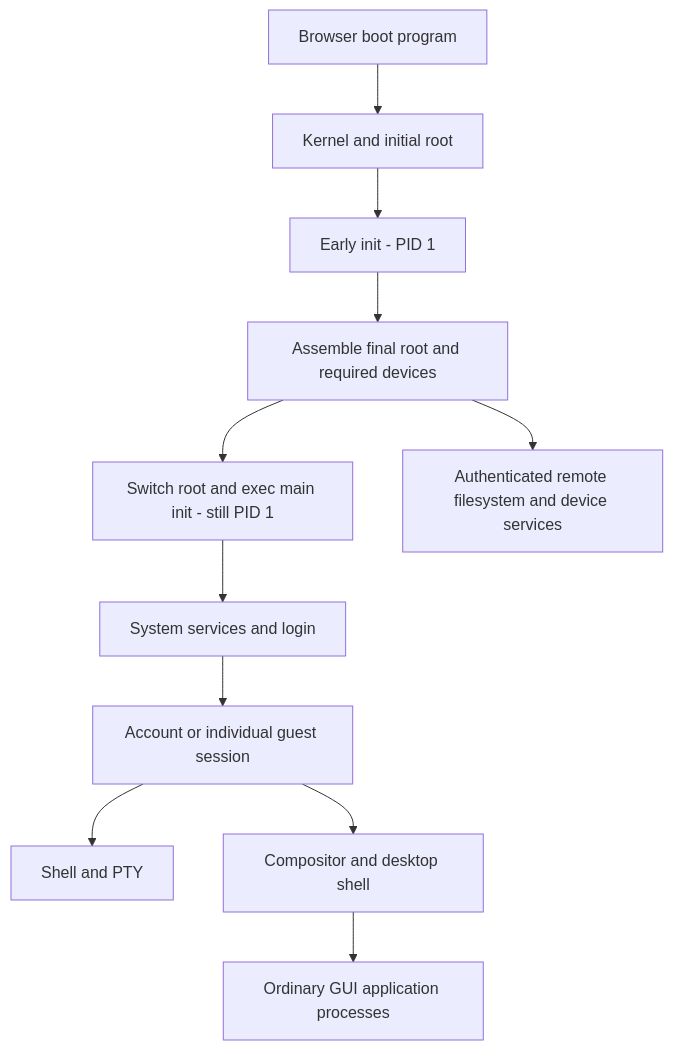
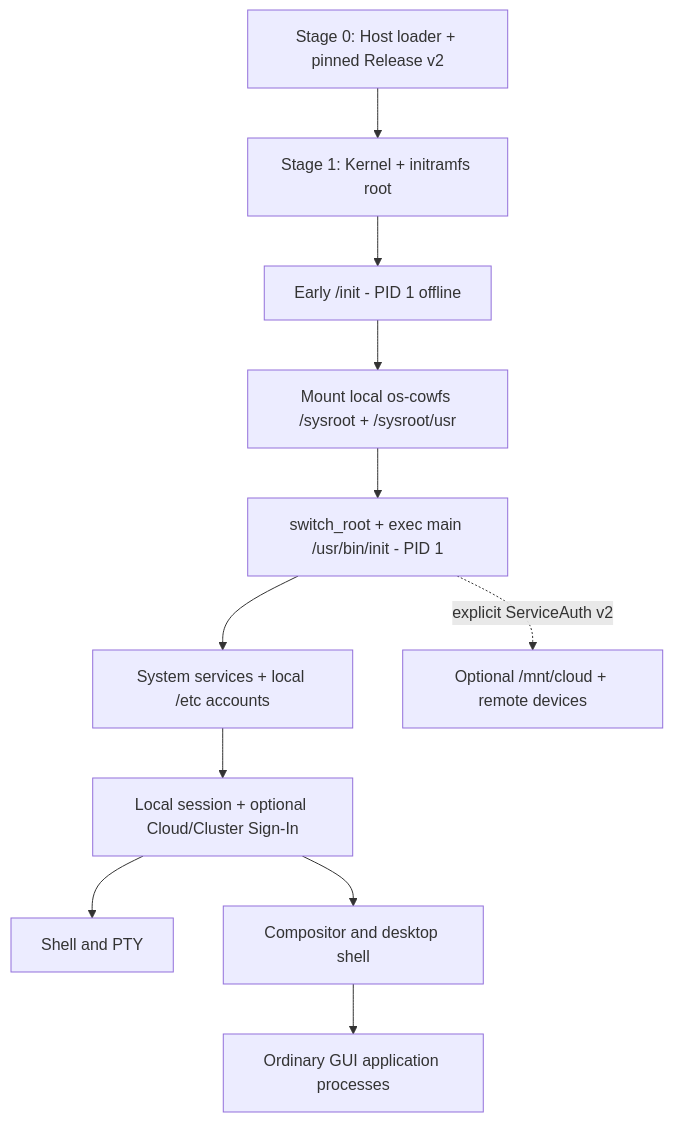
One commit to kingwingfly/os changed the first of 2 diagrams in README.md. Above: the diagram before and after it, drawn with Mermaid. The commit also changed other lines of this file and 3 other files, not shown here.

````diff
--- a/README.md
+++ b/README.md
@@ -412,13 +414,13 @@
 ```mermaid
 flowchart TD
-    B[Browser boot program] --> K[Kernel and initial root]
-    K --> E[Early init - PID 1]
-    E --> R[Assemble final root and required devices]
-    R --> I[Switch root and exec main init - still PID 1]
-    I --> S[System services and login]
-    S --> U[Account or individual guest session]
+    B[Stage 0: Host loader + pinned Release v2] --> K[Stage 1: Kernel + initramfs root]
+    K --> E[Early /init - PID 1 offline]
+    E --> R[Mount local os-cowfs /sysroot + /sysroot/usr]
+    R --> I[switch_root + exec main /usr/bin/init - PID 1]
+    I --> S[System services + local /etc accounts]
+    S --> U[Local session + optional Cloud/Cluster Sign-In]
     U --> T[Shell and PTY]
     U --> D[Compositor and desktop shell]
     D --> A[Ordinary GUI application processes]
-    R --> C[Authenticated remote filesystem and device services]
+    I -. explicit ServiceAuth v2 .-> C[Optional /mnt/cloud + remote devices]
 ```
````
